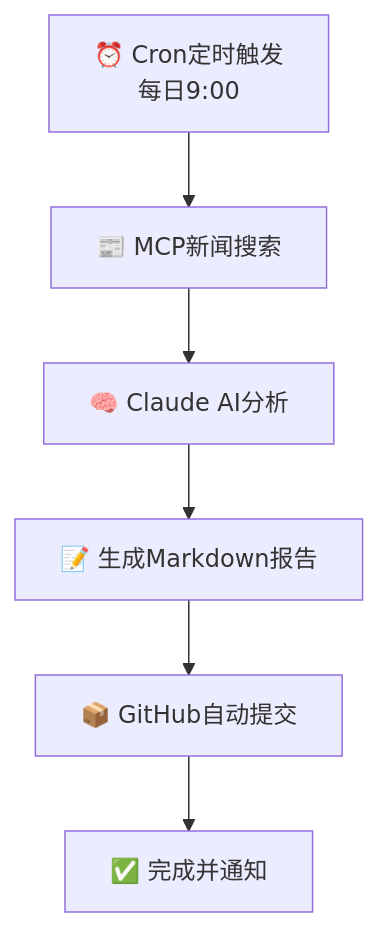
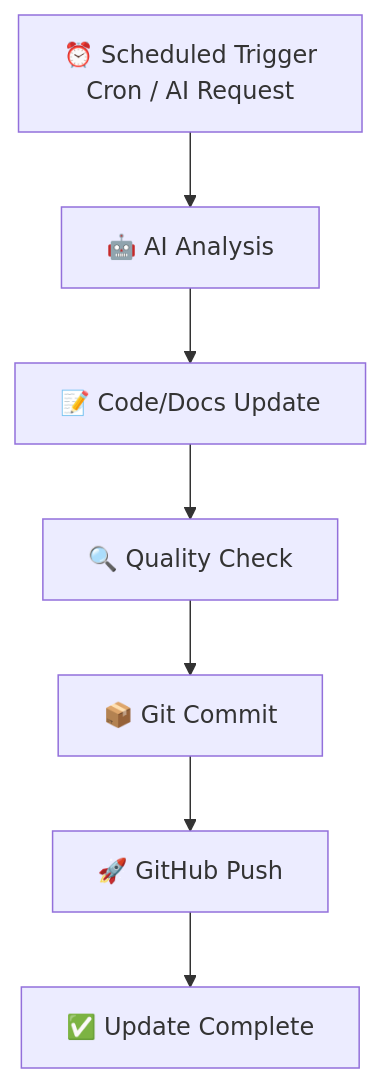
One commit to WolfMoss/AI-Maintained-Repository changed the diagram in README.md. Above: the diagram before and after it, drawn with Mermaid. The commit also changed other lines of this file and 3 other files, not shown here.

````diff
--- a/README.md
+++ b/README.md
@@ -217,8 +77,9 @@
 ```mermaid
 graph TD
-    A[⏰ Cron定时触发<br/>每日9:00] --> B[📰 MCP新闻搜索]
-    B --> C[🧠 Claude AI分析]
-    C --> D[📝 生成Markdown报告]
-    D --> E[📦 GitHub自动提交]
-    E --> F[✅ 完成并通知]
+    A[⏰ Scheduled Trigger<br/>Cron / AI Request] --> B[🤖 AI Analysis]
+    B --> C[📝 Code/Docs Update]
+    C --> D[🔍 Quality Check]
+    D --> E[📦 Git Commit]
+    E --> F[🚀 GitHub Push]
+    F --> G[✅ Update Complete]
 ```
````
